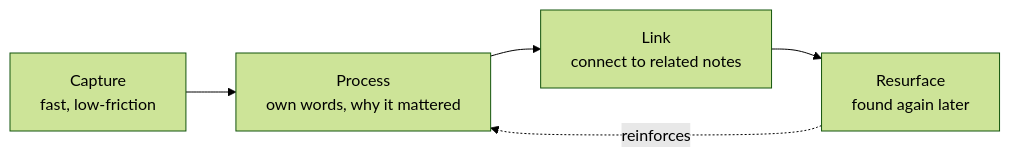
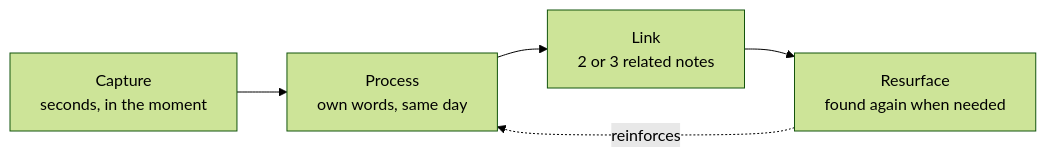
The first of 3 diagrams in src/content/learning-craft/notes/L2-concept.mdx (francoandreDev/knowledge), drawn with Mermaid (forest theme) before and after one commit. The commit also changed other lines of this file and 3 other files, not shown here.

````diff
--- a/src/content/learning-craft/notes/L2-concept.mdx
+++ b/src/content/learning-craft/notes/L2-concept.mdx
@@ -26,7 +70,7 @@
 ```mermaid
 flowchart LR
-    A[Capture<br/>fast, low-friction] --> B[Process<br/>own words, why it mattered]
-    B --> C[Link<br/>connect to related notes]
-    C --> D[Resurface<br/>found again later]
+    A["Capture<br/>seconds, in the moment"] --> B["Process<br/>own words, same day"]
+    B --> C["Link<br/>2 or 3 related notes"]
+    C --> D["Resurface<br/>found again when needed"]
     D -.reinforces.-> B
 ```
````
